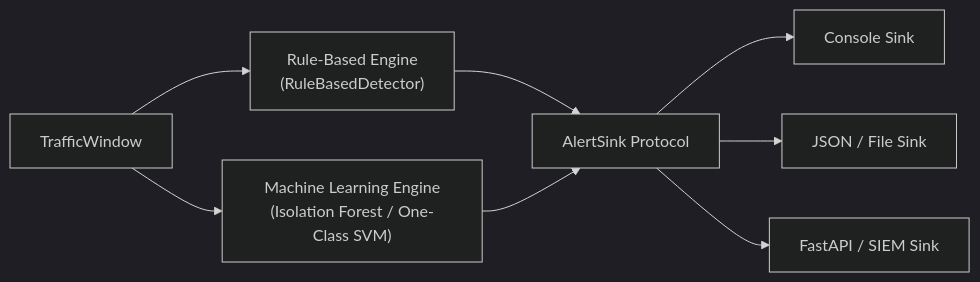
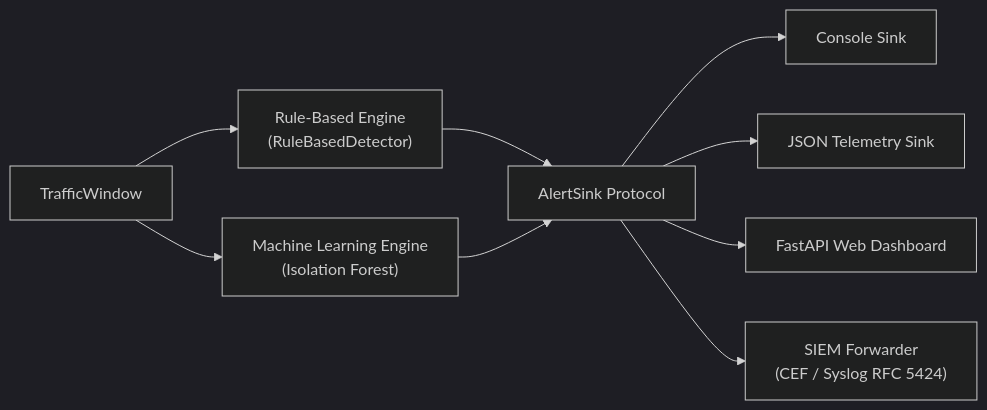
The second of 2 diagrams in docs/architecture.md (Karman1818/DoS-attack-detector), drawn with Mermaid (dark theme) before and after one commit. The commit also changed other lines of this file and 9 other files, not shown here.

Commit message:
feat(web): add FastAPI backend and interactive SOC monitoring dashboard

````diff
--- a/docs/architecture.md
+++ b/docs/architecture.md
@@ -88,10 +102,11 @@
 ```mermaid
 flowchart LR
     W["TrafficWindow"] --> R["Rule-Based Engine\n(RuleBasedDetector)"]
-    W --> M["Machine Learning Engine\n(Isolation Forest / One-Class SVM)"]
+    W --> M["Machine Learning Engine\n(Isolation Forest)"]
     R --> S["AlertSink Protocol"]
     M --> S
     S --> C["Console Sink"]
-    S --> J["JSON / File Sink"]
-    S --> API["FastAPI / SIEM Sink"]
+    S --> J["JSON Telemetry Sink"]
+    S --> API["FastAPI Web Dashboard"]
+    S --> SIEM["SIEM Forwarder\n(CEF / Syslog RFC 5424)"]
 ```
````
